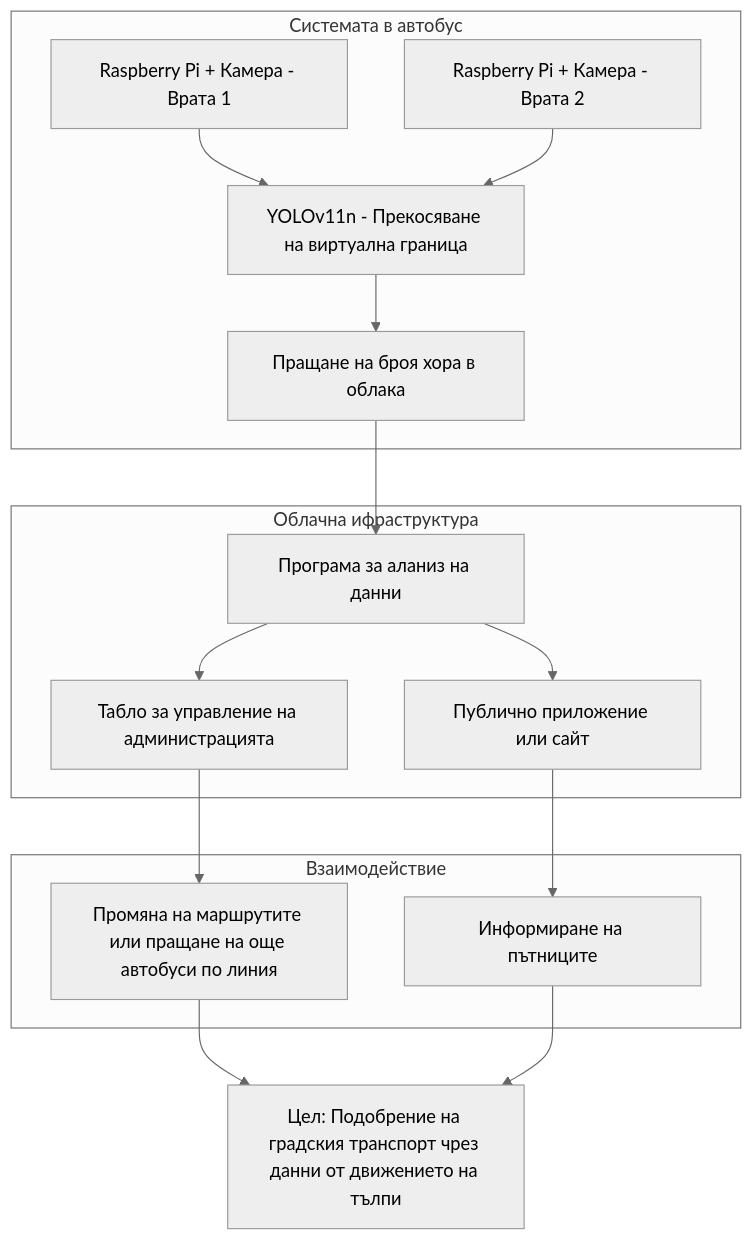
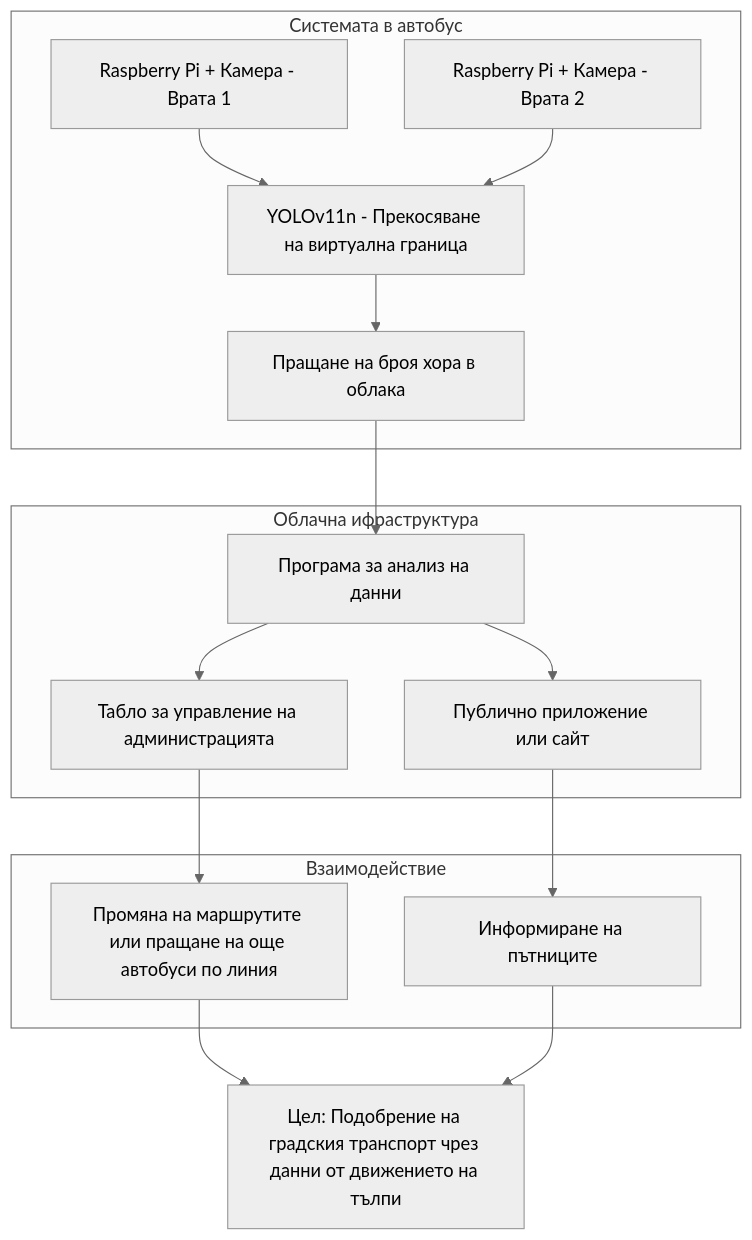
One commit to astral-shpx/bus_crowding_system changed the diagram in README.md. Above: the diagram before and after it, drawn with Mermaid (neutral theme).

````diff
--- a/README.md
+++ b/README.md
@@ -3,27 +3,27 @@
 ```mermaid
 graph TD
     subgraph Системата в автобус
         DoorCam1[Raspberry Pi + Камера - Врата 1]
         DoorCam2[Raspberry Pi + Камера - Врата 2]
         LineDetect[YOLOv11n - Прекосяване на виртуална граница]
         DoorCam1 --> LineDetect
         DoorCam2 --> LineDetect
         LineDetect --> CloudData[Пращане на броя хора в облака]
     end
 
     subgraph Облачна ифраструктура
-        CloudData --> Analytics[Програма за аланиз на данни]
+        CloudData --> Analytics[Програма за анализ на данни]
         Analytics --> Authorities[Табло за управление на администрацията]
         Analytics --> WebApp[Публично приложение или сайт]
     end
 
     subgraph Взаимодействие
         WebApp --> Users[Информиране на пътниците]
         Authorities --> Planning[Промяна на маршрутите или пращане на още автобуси по линия]
     end
 
     Goal[Цел: Подобрение на градския транспорт чрез данни от движението на тълпи]
     Planning --> Goal
     Users --> Goal
 
 ```
````
